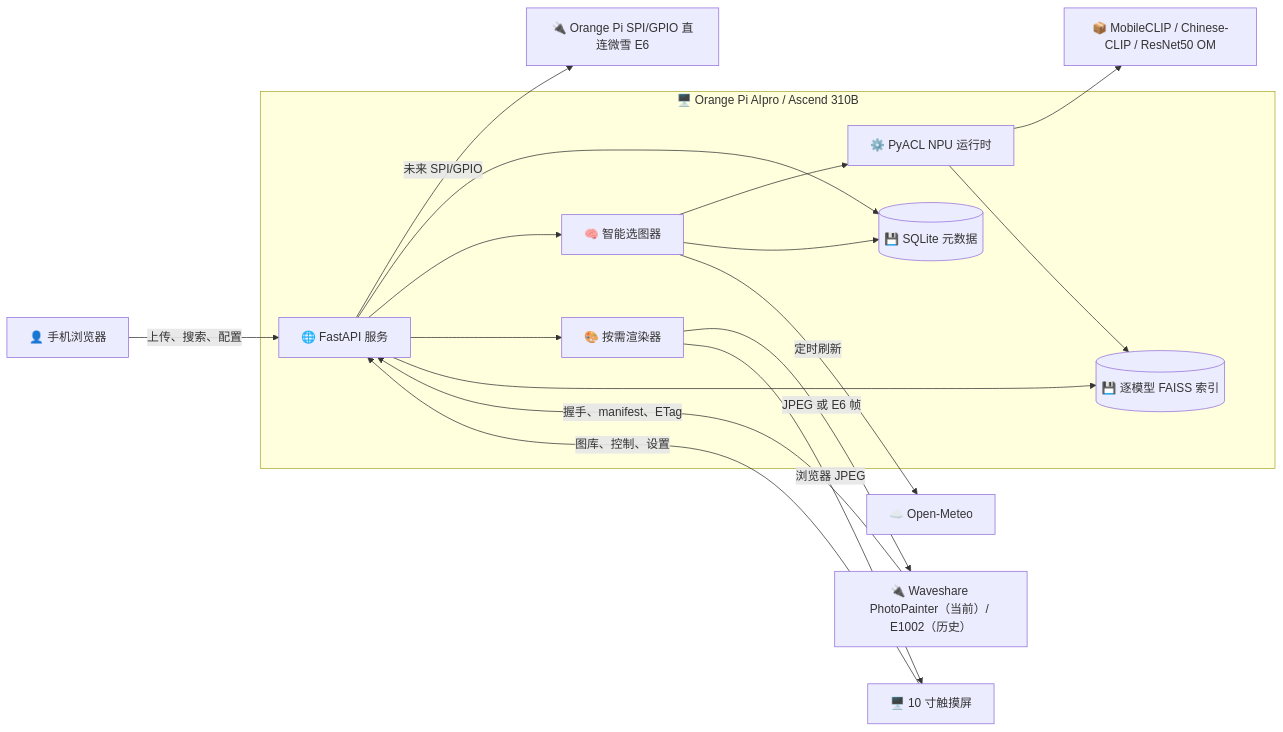
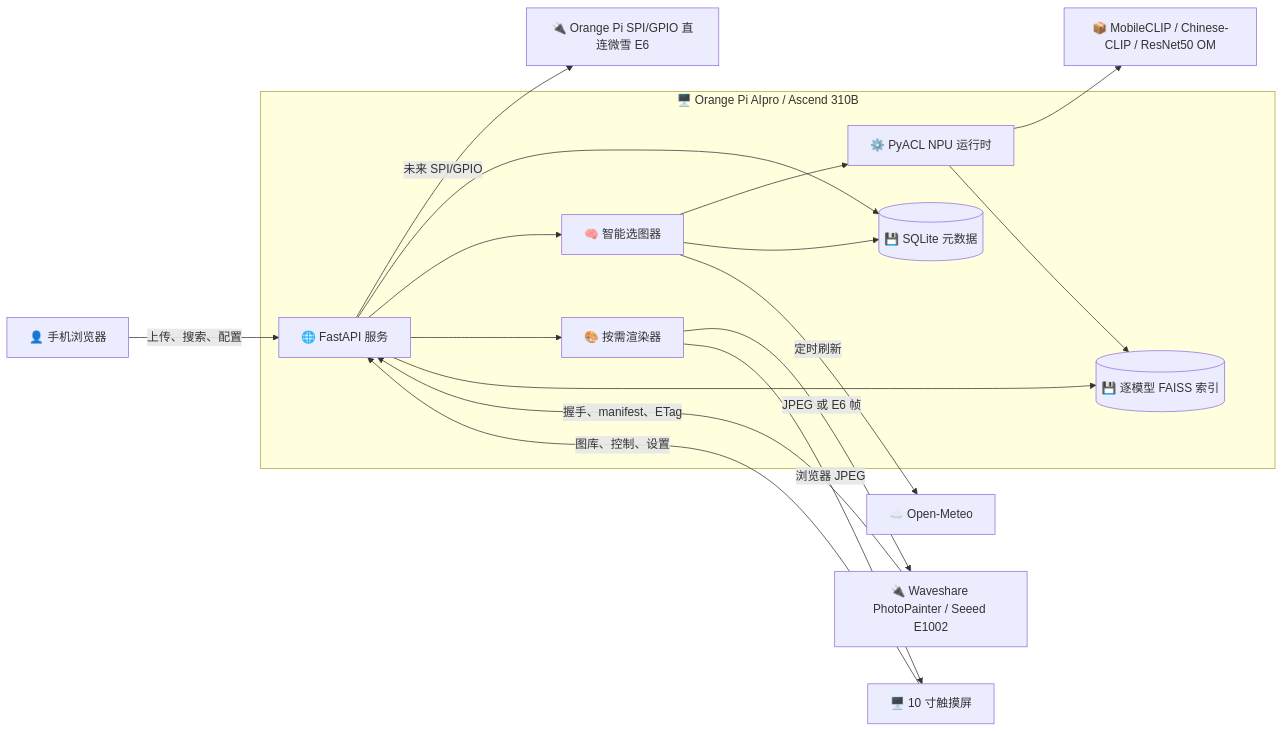
One commit to zhouxzh/Ascend310 changed the first of 8 diagrams in src/experiment/case7.md. Above: the diagram before and after it, drawn with Mermaid. The commit also changed other lines of this file and 110 other files, not shown here.

````diff
--- a/src/experiment/case7.md
+++ b/src/experiment/case7.md
@@ -25,38 +25,38 @@
 ```mermaid
 flowchart LR
     accTitle: 智能相册系统架构
     accDescr: 手机、触摸屏和远程显示设备通过 FastAPI 访问 SQLite/FAISS 索引、Ascend 310B NPU 和天气服务
 
     phone[👤 手机浏览器]
     touch[🖥️ 10 寸触摸屏]
-    esp32[🔌 Waveshare PhotoPainter（当前）/ E1002（历史）]
+    esp32[🔌 Waveshare PhotoPainter / Seeed E1002]
     e6[🔌 Orange Pi SPI/GPIO 直连微雪 E6]
 
     subgraph server[🖥️ Orange Pi AIpro / Ascend 310B]
         api[🌐 FastAPI 服务]
         selector[🧠 智能选图器]
         runtime[⚙️ PyACL NPU 运行时]
         storage[(💾 SQLite 元数据)]
         faiss[(💾 逐模型 FAISS 索引)]
         renderer[🎨 按需渲染器]
     end
 
     weather[☁️ Open-Meteo]
     models[📦 MobileCLIP / Chinese-CLIP / ResNet50 OM]
 
     phone -->|上传、搜索、配置| api
     touch -->|图库、控制、设置| api
     esp32 -->|握手、manifest、ETag| api
     api -->|未来 SPI/GPIO| e6
     api --> storage
     api --> selector
     selector --> runtime
     runtime --> models
     runtime --> faiss
     selector --> storage
     api --> renderer
     renderer -->|JPEG 或 E6 帧| esp32
     renderer -->|浏览器 JPEG| touch
     selector -->|定时刷新| weather
     api --> faiss
 ```
````
